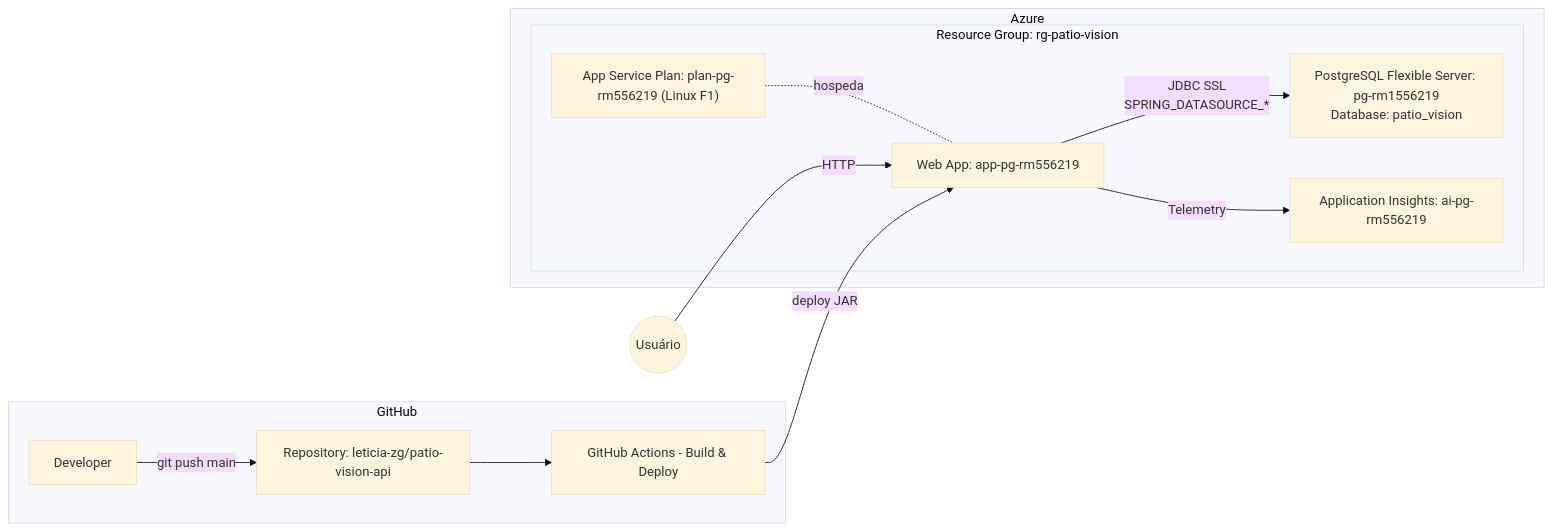
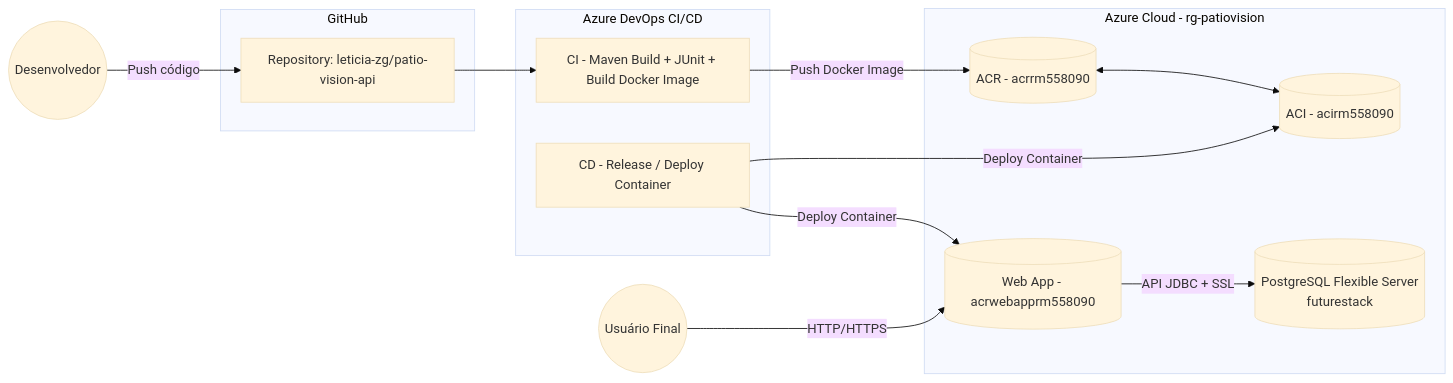
The diagram in ARQUITETURA.md (leticia-zg/patio-vision-api), drawn with Mermaid (base theme) before and after one commit.

Commit message:
Revise architecture diagram with Azure DevOps details
Updated architecture diagram to include Azure DevOps CI/CD and clarified components.

````diff
--- a/ARQUITETURA.md
+++ b/ARQUITETURA.md
@@ -5,29 +5,37 @@
 ```mermaid
 flowchart LR
-  %% ===== GITHUB =====
-  subgraph GitHub
-    DEV[Developer]
-    REPO[Repository: leticia-zg/patio-vision-api]
-    GHA[GitHub Actions - Build & Deploy]
-    DEV -->|git push main| REPO
-    REPO --> GHA
-  end
 
-  %% ===== AZURE =====
-  subgraph Azure
-    subgraph RG["Resource Group: rg-patio-vision"]
-      PLAN["App Service Plan: plan-pg-rm556219 (Linux F1)"]
-      APP["Web App: app-pg-rm556219"]
-      AI["Application Insights: ai-pg-rm556219"]
-      DB["PostgreSQL Flexible Server: pg-rm1556219\nDatabase: patio_vision"]
-    end
-  end
+USER((Usuário Final))
+DEV((Desenvolvedor))
 
-  %% ===== FLUXOS =====
-  USER((Usuário)) -->|HTTP| APP
-  GHA -->|deploy JAR| APP
-  APP -->|JDBC SSL\nSPRING_DATASOURCE_*| DB
-  APP -->|Telemetry| AI
-  PLAN -. hospeda .- APP
+subgraph GitHub["GitHub"]
+  REPO[Repository: leticia-zg/patio-vision-api]
+end
+
+subgraph DevOps["Azure DevOps CI/CD"]
+  CI[CI - Maven Build + JUnit + Build Docker Image]
+  CD[CD - Release / Deploy Container]
+  
+end
+
+subgraph Azure["Azure Cloud - rg-patiovision"]
+  ACR[(ACR - acrrm558090)]
+  ACI[(ACI - acirm558090)]
+  DB[(PostgreSQL Flexible Server<br/>futurestack)]
+  WEBAPP[(Web App - acrwebapprm558090)]
+end
+
+DEV -->|Push código| REPO
+REPO --> CI
+CI -->|Push Docker Image| ACR
+
+CD -->|Deploy Container| ACI
+CD -->|Deploy Container| WEBAPP
+ACR <--> ACI
+
+USER -->|HTTP/HTTPS| WEBAPP
+
+
+WEBAPP -->|API JDBC + SSL| DB
 
 ```
````
